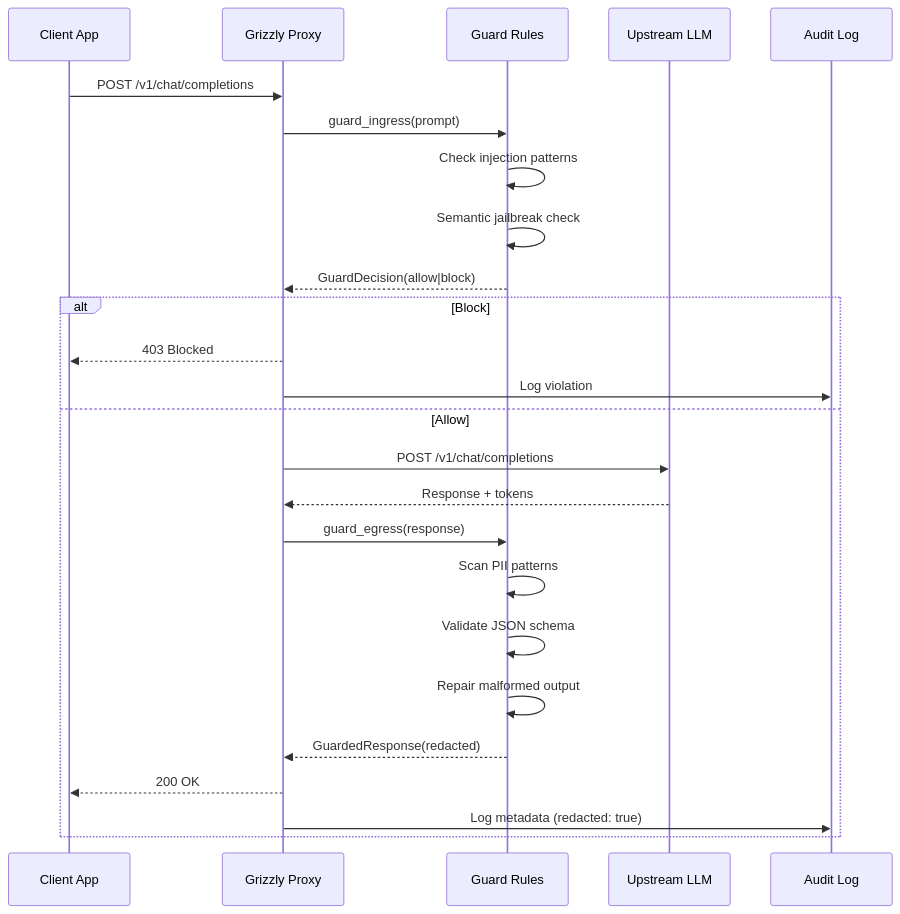
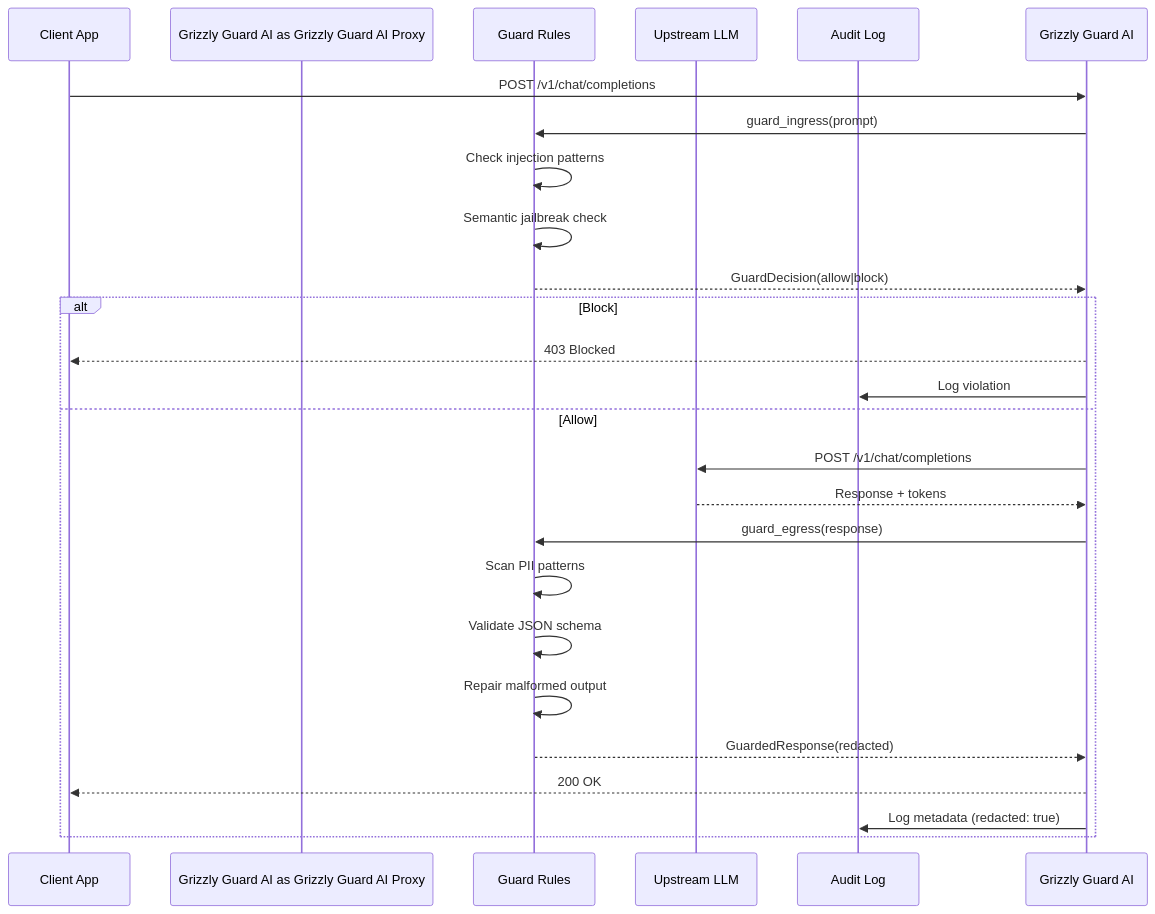
Before and after one commit to CraftedWithIntent/grizzly-guard-ai: the second of 2 diagrams in docs/adr/001-architecture.md, drawn with Mermaid. The commit also changed other lines of this file and 20 other files, not shown here.

First line of the commit message:
refactor: Rename grizzly to grizzly-guard-ai for consistent naming

````diff
--- a/docs/adr/001-architecture.md
+++ b/docs/adr/001-architecture.md
@@ -76,29 +76,29 @@
 ```mermaid
 sequenceDiagram
     participant Client as Client App
-    participant Grizzly as Grizzly Proxy
+    participant Grizzly Guard AI as Grizzly Guard AI Proxy
     participant Rules as Guard Rules
     participant LLM as Upstream LLM
     participant Logger as Audit Log
 
-    Client->>Grizzly: POST /v1/chat/completions
-    Grizzly->>Rules: guard_ingress(prompt)
+    Client->>Grizzly Guard AI: POST /v1/chat/completions
+    Grizzly Guard AI->>Rules: guard_ingress(prompt)
     Rules->>Rules: Check injection patterns
     Rules->>Rules: Semantic jailbreak check
-    Rules-->>Grizzly: GuardDecision(allow|block)
+    Rules-->>Grizzly Guard AI: GuardDecision(allow|block)
     
     alt Block
-        Grizzly-->>Client: 403 Blocked
-        Grizzly->>Logger: Log violation
+        Grizzly Guard AI-->>Client: 403 Blocked
+        Grizzly Guard AI->>Logger: Log violation
     else Allow
-        Grizzly->>LLM: POST /v1/chat/completions
-        LLM-->>Grizzly: Response + tokens
-        Grizzly->>Rules: guard_egress(response)
+        Grizzly Guard AI->>LLM: POST /v1/chat/completions
+        LLM-->>Grizzly Guard AI: Response + tokens
+        Grizzly Guard AI->>Rules: guard_egress(response)
         Rules->>Rules: Scan PII patterns
         Rules->>Rules: Validate JSON schema
         Rules->>Rules: Repair malformed output
-        Rules-->>Grizzly: GuardedResponse(redacted)
-        Grizzly-->>Client: 200 OK
-        Grizzly->>Logger: Log metadata (redacted: true)
+        Rules-->>Grizzly Guard AI: GuardedResponse(redacted)
+        Grizzly Guard AI-->>Client: 200 OK
+        Grizzly Guard AI->>Logger: Log metadata (redacted: true)
     end
 ```
````
